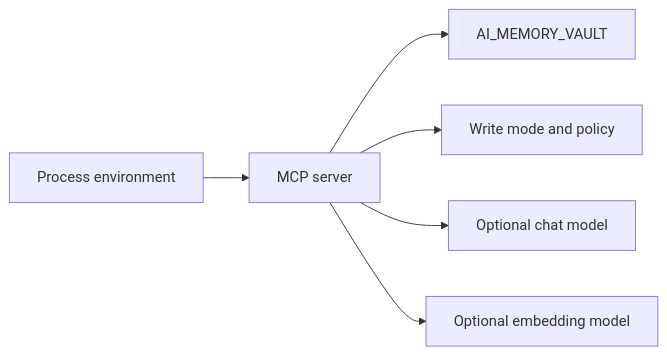
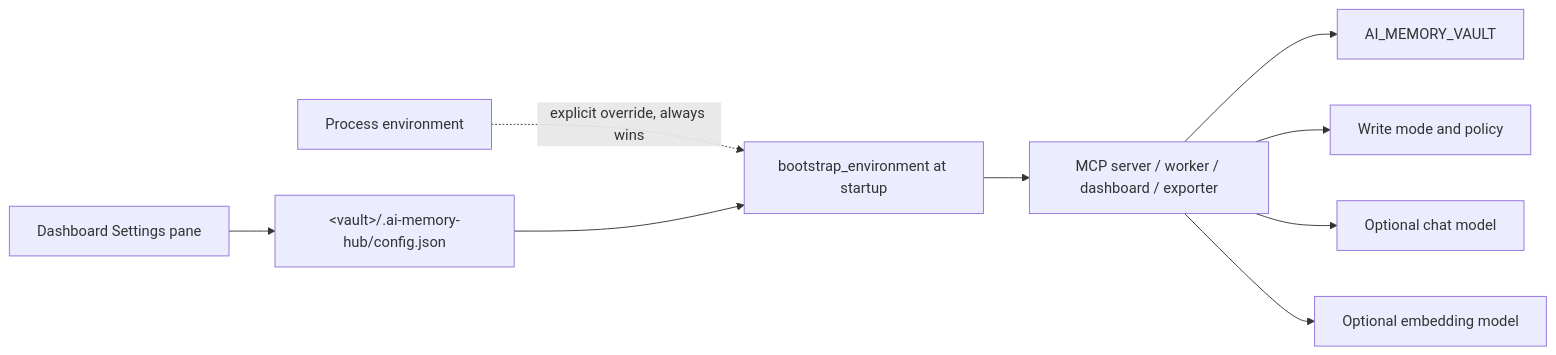
One commit to vib28/ai-memory-hub changed the first of 2 diagrams in docs/CONFIGURATION.md. Above: the diagram before and after it, drawn with Mermaid. The commit also changed other lines of this file and 16 other files, not shown here.

````diff
--- a/docs/CONFIGURATION.md
+++ b/docs/CONFIGURATION.md
@@ -8,8 +10,11 @@
 ```mermaid
 flowchart LR
-    Env[Process environment] --> Server[MCP server]
+    Settings[Dashboard Settings pane] --> ConfigFile["&lt;vault&gt;/.ai-memory-hub/config.json"]
+    Env[Process environment] -.explicit override, always wins.-> Bootstrap
+    ConfigFile --> Bootstrap[bootstrap_environment at startup]
+    Bootstrap --> Server[MCP server / worker / dashboard / exporter]
     Server --> Vault[AI_MEMORY_VAULT]
     Server --> Policy[Write mode and policy]
     Server --> Chat[Optional chat model]
     Server --> Embed[Optional embedding model]
 ```
````
